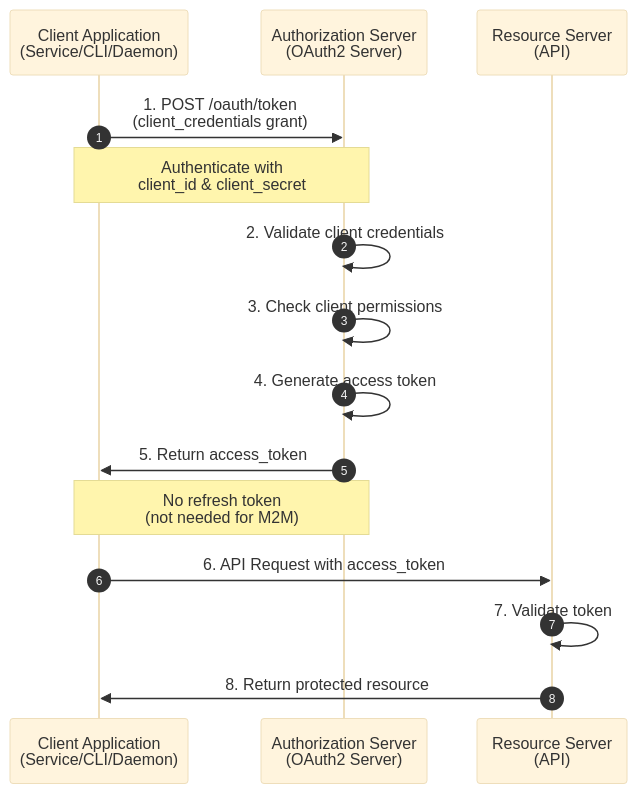
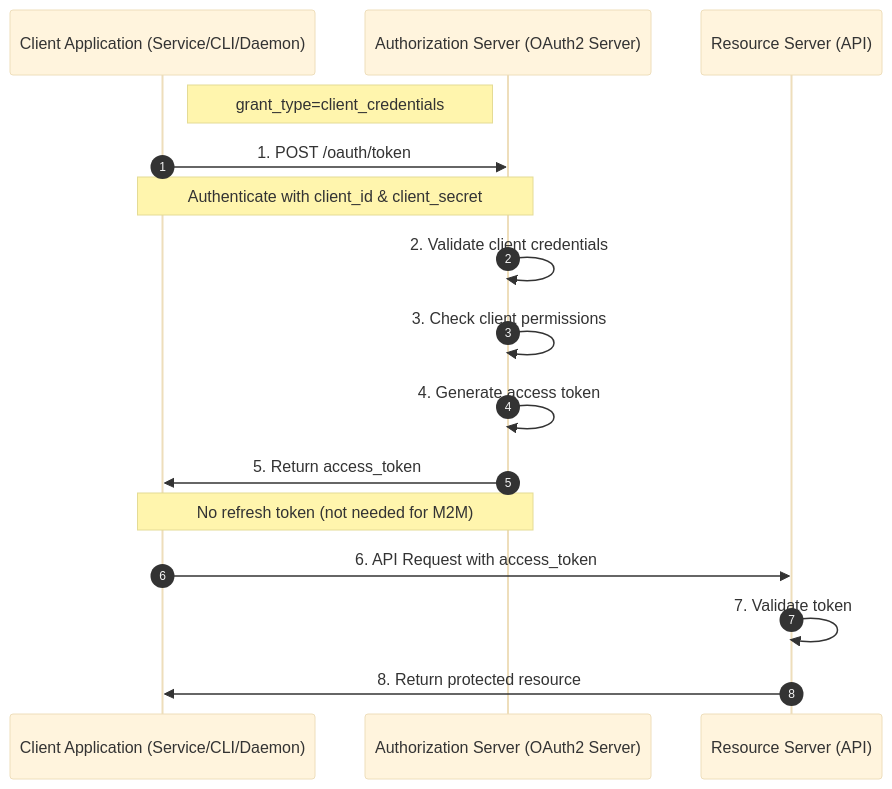
Before and after one commit to ianlintner/rust-oauth2-server: the first of 2 diagrams in docs/flows/client-credentials.md, drawn with Mermaid (base theme). The commit also changed 11 other files, not shown here.

First line of the commit message:
Fix mermaid diagram labels and improve markdown formatting (#28)

````diff
--- a/docs/flows/client-credentials.md
+++ b/docs/flows/client-credentials.md
@@ -16,21 +16,22 @@
 ```mermaid
 sequenceDiagram
     autonumber
-    participant Client as Client Application<br/>(Service/CLI/Daemon)
-    participant AuthServer as Authorization Server<br/>(OAuth2 Server)
-    participant ResourceServer as Resource Server<br/>(API)
+    participant Client as Client Application (Service/CLI/Daemon)
+    participant AuthServer as Authorization Server (OAuth2 Server)
+    participant ResourceServer as Resource Server (API)
     
-    Client->>AuthServer: 1. POST /oauth/token<br/>(client_credentials grant)
-    Note over Client,AuthServer: Authenticate with<br/>client_id & client_secret
+    Note right of Client: grant_type=client_credentials
+    Client->>AuthServer: 1. POST /oauth/token
+    Note over Client,AuthServer: Authenticate with client_id & client_secret
     
     AuthServer->>AuthServer: 2. Validate client credentials
     AuthServer->>AuthServer: 3. Check client permissions
     AuthServer->>AuthServer: 4. Generate access token
     
     AuthServer->>Client: 5. Return access_token
-    Note over AuthServer,Client: No refresh token<br/>(not needed for M2M)
+    Note over AuthServer,Client: No refresh token (not needed for M2M)
     
     Client->>ResourceServer: 6. API Request with access_token
     ResourceServer->>ResourceServer: 7. Validate token
     ResourceServer->>Client: 8. Return protected resource
 ```
````
